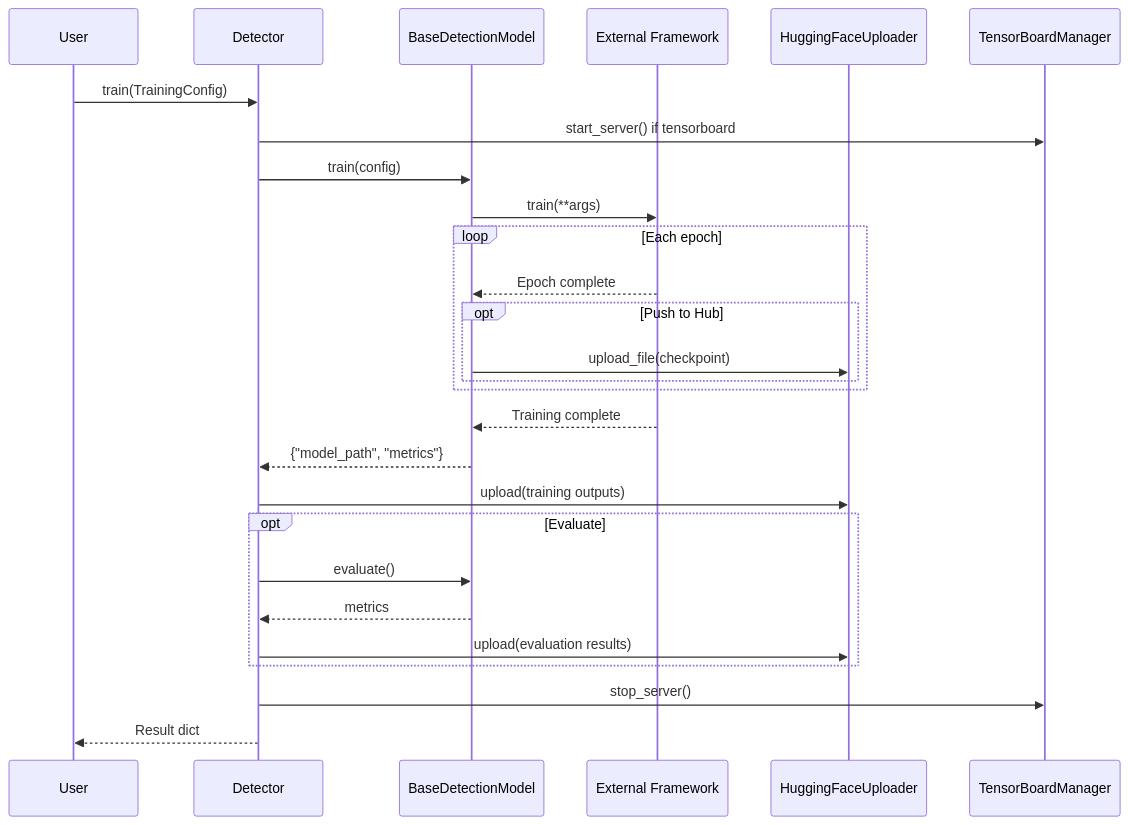
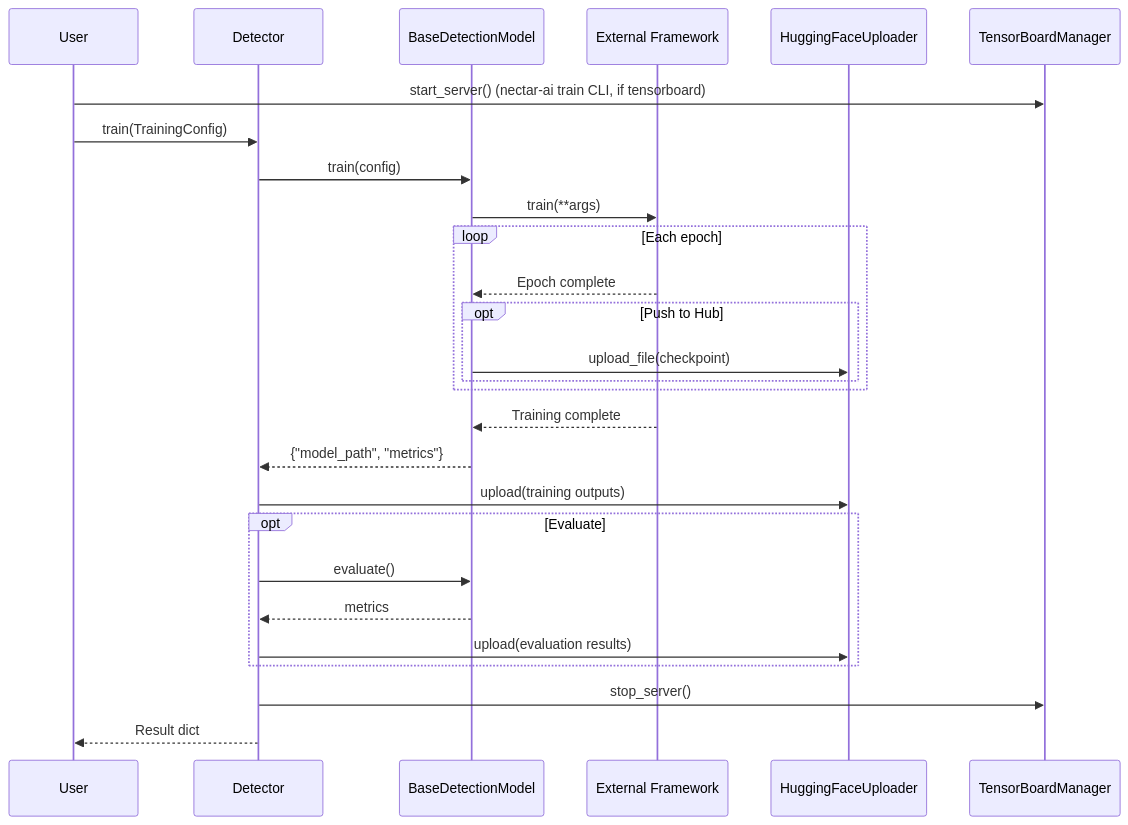
Before and after one commit to Black-Bee-Drones/nectar-sdk: the third of 5 diagrams in nectar/nectar/ai/detection/README.md, drawn with Mermaid. The commit also changed other lines of this file and 13 other files, not shown here.

Commit message:
docs: sync diagrams and docs

````diff
--- a/nectar/nectar/ai/detection/README.md
+++ b/nectar/nectar/ai/detection/README.md
@@ -579,32 +579,32 @@
 ```mermaid
 sequenceDiagram
     participant User
     participant Detector
     participant Model as BaseDetectionModel
     participant Framework as External Framework
     participant HF as HuggingFaceUploader
     participant TB as TensorBoardManager
 
+    User->>TB: start_server() (nectar-ai train CLI, if tensorboard)
     User->>Detector: train(TrainingConfig)
-    Detector->>TB: start_server() if tensorboard
     Detector->>Model: train(config)
     Model->>Framework: train(**args)
 
     loop Each epoch
         Framework-->>Model: Epoch complete
         opt Push to Hub
             Model->>HF: upload_file(checkpoint)
         end
     end
 
     Framework-->>Model: Training complete
     Model-->>Detector: {"model_path", "metrics"}
     Detector->>HF: upload(training outputs)
     opt Evaluate
         Detector->>Model: evaluate()
         Model-->>Detector: metrics
         Detector->>HF: upload(evaluation results)
     end
     Detector->>TB: stop_server()
     Detector-->>User: Result dict
 ```
````
